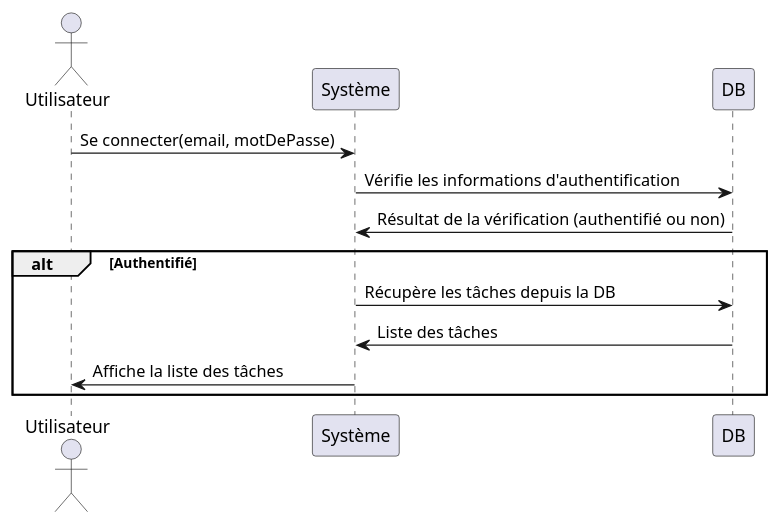
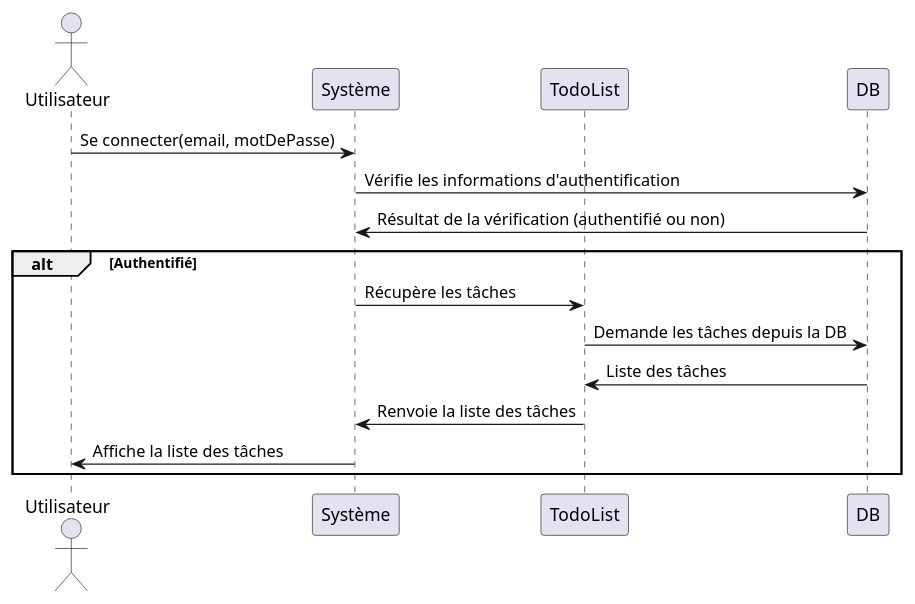
The diagram in src/main/resources/conception/DiagramSequence/sequenceDiagramConsult.puml (HoudAlami/TodoApp), drawn with PlantUML before and after one commit. The commit also changed 7 other files, not shown here.

Commit message:
Finalisation Modélisation UML

```diff
--- a/src/main/resources/conception/DiagramSequence/sequenceDiagramConsult.puml
+++ b/src/main/resources/conception/DiagramSequence/sequenceDiagramConsult.puml
@@ -1,14 +1,17 @@
 @startuml
 actor Utilisateur
 participant "Système" as System
+participant TodoList
 participant DB
 
 Utilisateur -> System : Se connecter(email, motDePasse)
 System -> DB : Vérifie les informations d'authentification
 DB -> System : Résultat de la vérification (authentifié ou non)
 alt Authentifié
-    System -> DB : Récupère les tâches depuis la DB
-    DB -> System : Liste des tâches
+    System -> TodoList : Récupère les tâches
+    TodoList -> DB : Demande les tâches depuis la DB
+    DB -> TodoList : Liste des tâches
+    TodoList -> System : Renvoie la liste des tâches
     System -> Utilisateur : Affiche la liste des tâches
 end
 @enduml
```
